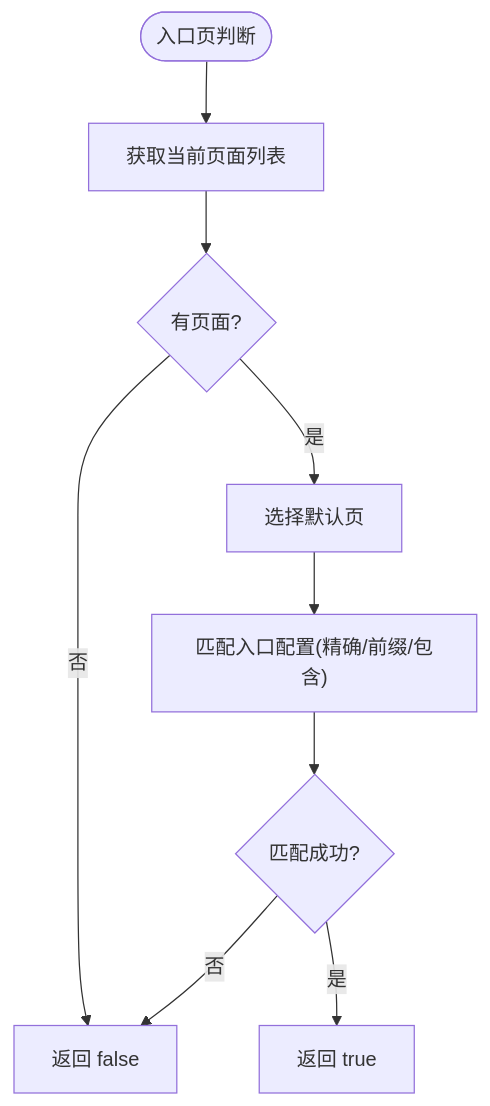
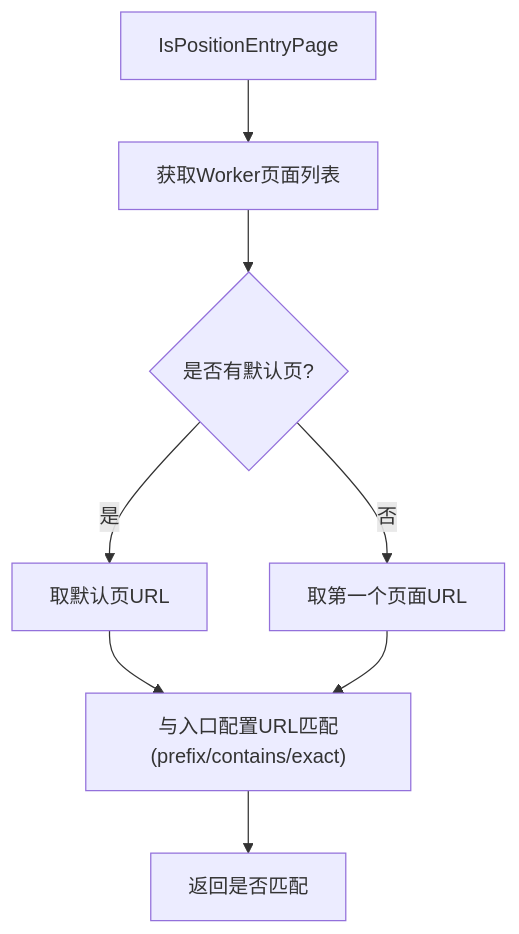
One commit to alvinwangzi/goodhr changed the fourth of 10 diagrams in .qoder/repowiki/zh/content/系统架构/本地Agent架构/平台适配器系统/前程无忧适配器.md. Above: the diagram before and after it, drawn with Mermaid. The commit also changed other lines of this file and 149 other files, not shown here.

````diff
--- a/.qoder/repowiki/zh/content/系统架构/本地Agent架构/平台适配器系统/前程无忧适配器.md
+++ b/.qoder/repowiki/zh/content/系统架构/本地Agent架构/平台适配器系统/前程无忧适配器.md
@@ -150,11 +158,10 @@
 ```mermaid
 flowchart TD
-Start(["入口页判断"]) --> GetPages["获取当前页面列表"]
-GetPages --> HasPages{"有页面?"}
-HasPages -- 否 --> ReturnFalse["返回 false"]
-HasPages -- 是 --> PickDefault["选择默认页"]
-PickDefault --> Match["匹配入口配置(精确/前缀/包含)"]
-Match --> Result{"匹配成功?"}
-Result -- 是 --> ReturnTrue["返回 true"]
-Result -- 否 --> ReturnFalse
+A["IsPositionEntryPage"] --> B["获取Worker页面列表"]
+B --> C{"是否有默认页?"}
+C --> |是| D["取默认页URL"]
+C --> |否| E["取第一个页面URL"]
+D --> F["与入口配置URL匹配(prefix/contains/exact)"]
+E --> F
+F --> G["返回是否匹配"]
 ```
````
